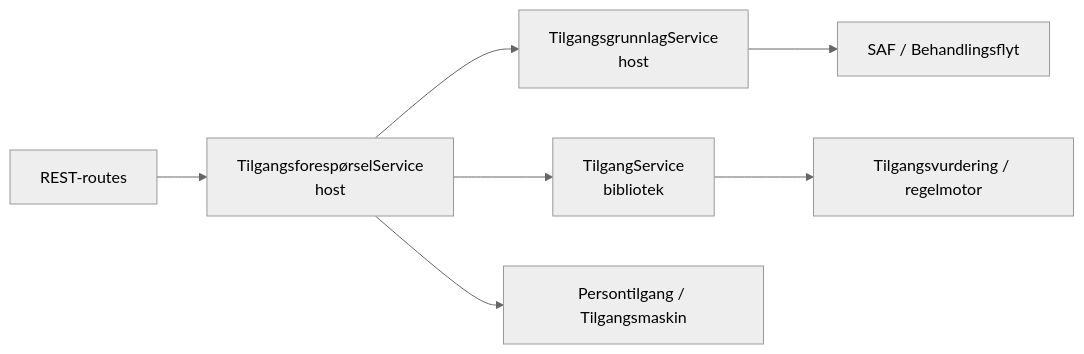
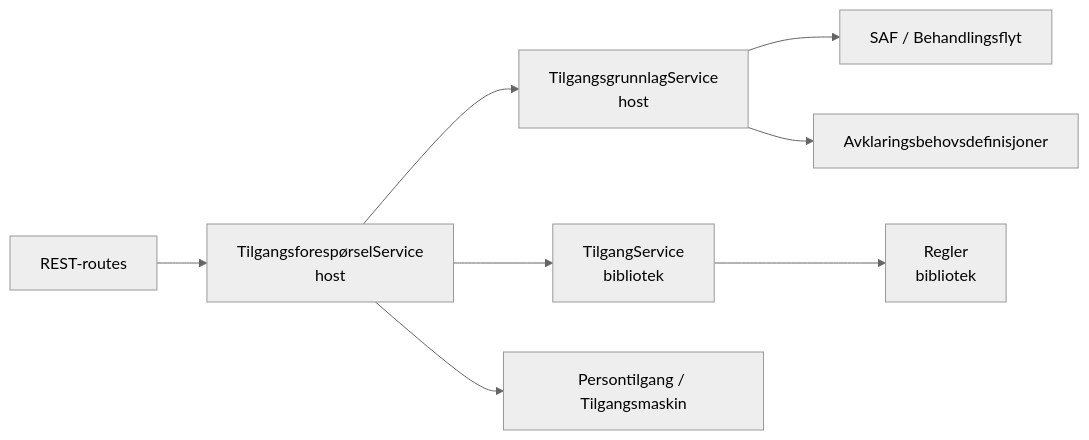
Before and after one commit to navikt/aap-tilgang: the first of 2 diagrams in README.md, drawn with Mermaid (neutral theme). The commit also changed other lines of this file and 23 other files, not shown here.

````diff
--- a/README.md
+++ b/README.md
@@ -28,9 +29,10 @@
 ```mermaid
 flowchart LR
     routes["REST-routes"] --> facade["TilgangsforespørselService<br/>host"]
     facade --> ground["TilgangsgrunnlagService<br/>host"]
     ground --> integrations["SAF / Behandlingsflyt"]
+    ground --> definitions["Avklaringsbehovsdefinisjoner"]
     facade --> service["TilgangService<br/>bibliotek"]
-    service --> assessment["Tilgangsvurdering / regelmotor"]
+    service --> rules["Regler<br/>bibliotek"]
     facade --> person["Persontilgang / Tilgangsmaskin"]
 ```
````
